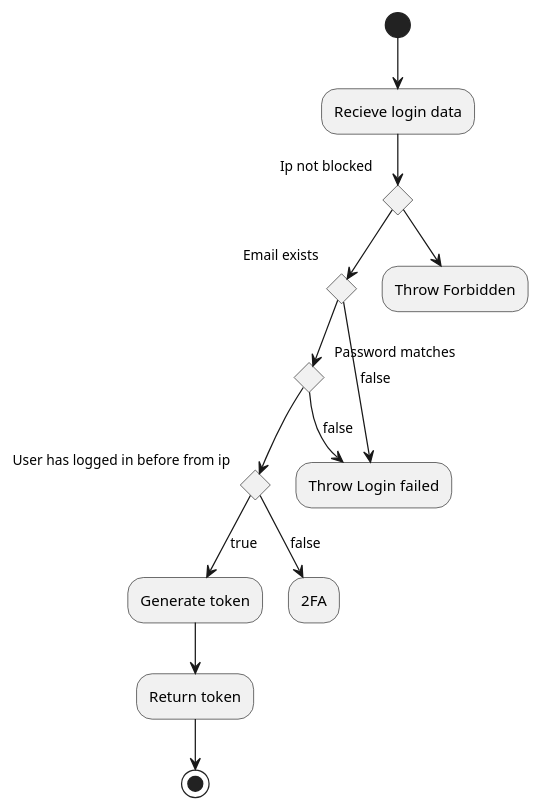
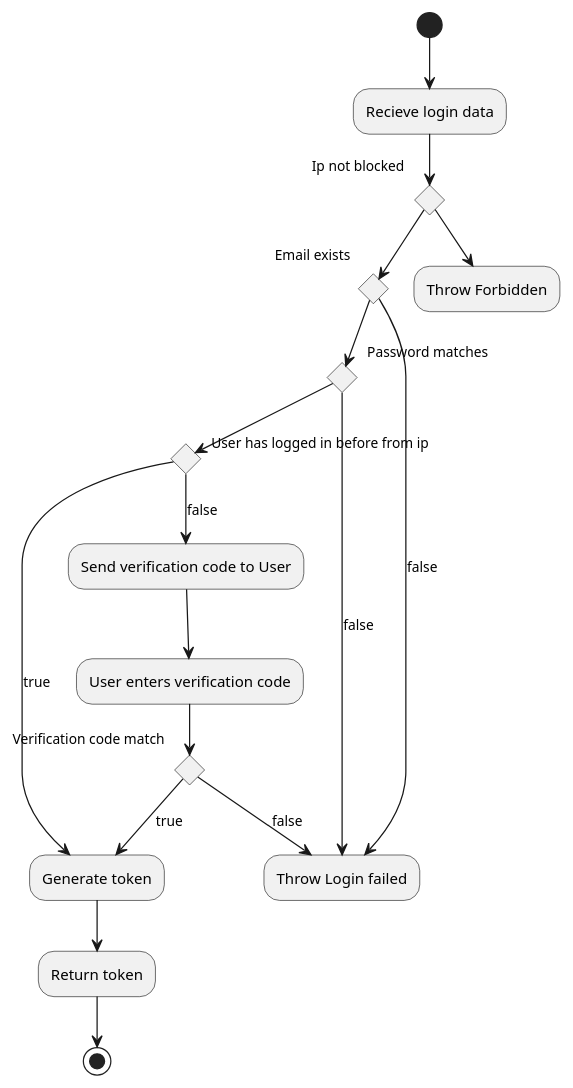
The diagram in Docs/FlowCharts/LoginFlowChart.plantuml (blackout1471/trust-us-school), drawn with PlantUML before and after one commit. The commit also changed 38 other files, not shown here.

```diff
--- a/Docs/FlowCharts/LoginFlowChart.plantuml
+++ b/Docs/FlowCharts/LoginFlowChart.plantuml
@@ -1,25 +1,31 @@
 @startuml Login Flowchart
 
 (*) --> "Recieve login data"
 
 if "Ip not blocked " then
     if "Email exists" then
         if "Password matches" then
             if "User has logged in before from ip" then
                 -->[true] "Generate token"
                 --> "Return token"
                 --> (*)
             else
-                -->[false] 2FA
+                -->[false] Send verification code to User
+                --> User enters verification code
+                if "Verification code match" then
+                -->[true] "Generate token"
+                else
+                -->[false] "Throw Login failed"
+                end if
             end if 
         else
             -->[false] "Throw Login failed"
         end if
     else
       -->[false] "Throw Login failed"
 
     end if 
 else 
  --> "Throw Forbidden"
 end if
 @enduml
```
